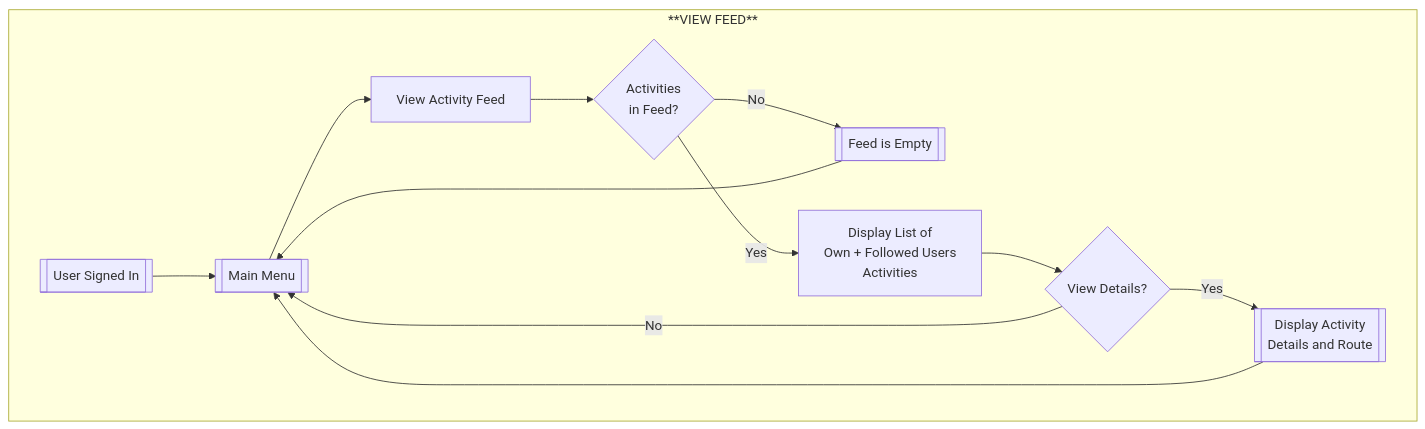
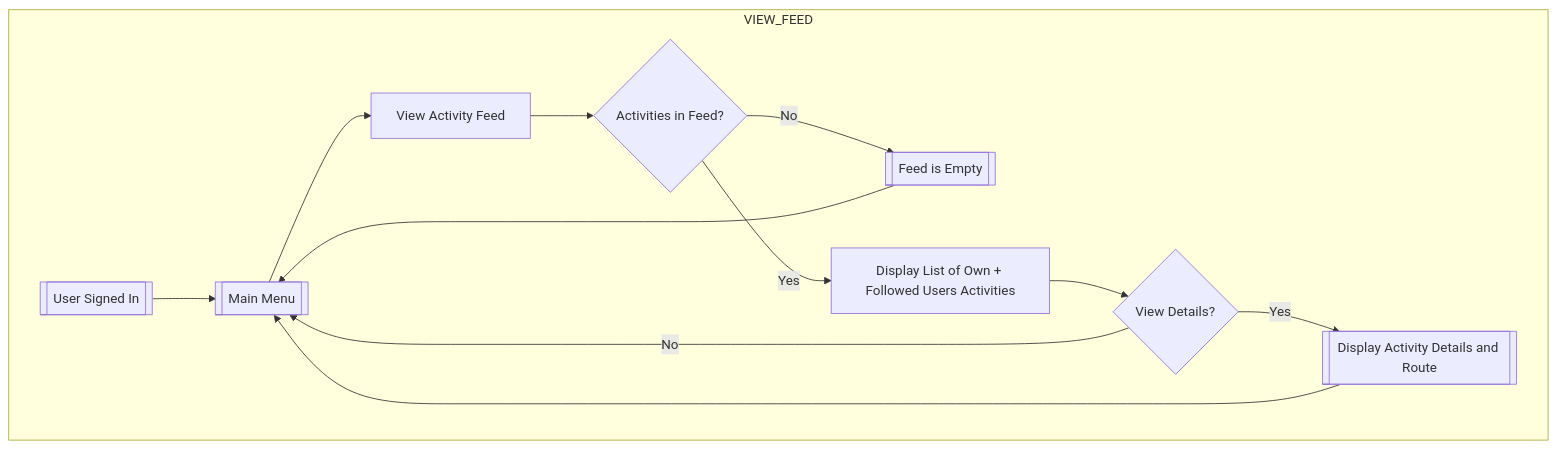
One commit to mahinabdullah04/CycleTracker changed the fourth of 6 diagrams in README.md. Above: the diagram before and after it, drawn with Mermaid. The commit also changed other lines of this file, not shown here.

````diff
--- a/README.md
+++ b/README.md
@@ -203,25 +203,25 @@
 ```mermaid
 flowchart
-  subgraph **VIEW FEED**
+  subgraph VIEW_FEED
     start[[User Signed In]]
     menu[[Main Menu]]
     viewFeed[View Activity Feed]
-    checkActivities{Activities<br/>in Feed?}
+    checkActivities{Activities in Feed?}
     empty[[Feed is Empty]]
-    list[Display List of<br/>Own + Followed Users<br/>Activities]
+    list[Display List of Own + Followed Users Activities]
     selectActivity{View Details?}
-    
-    detail[[Display Activity<br/>Details and Route]]
-    
+
+    detail[[Display Activity Details and Route]]
+
     start --> menu
     menu --> viewFeed
     viewFeed --> checkActivities
     checkActivities -->|No| empty
     checkActivities -->|Yes| list
     empty --> menu
     list --> selectActivity
     selectActivity -->|No| menu
     selectActivity -->|Yes| detail
     detail --> menu
   end
 ```
````
